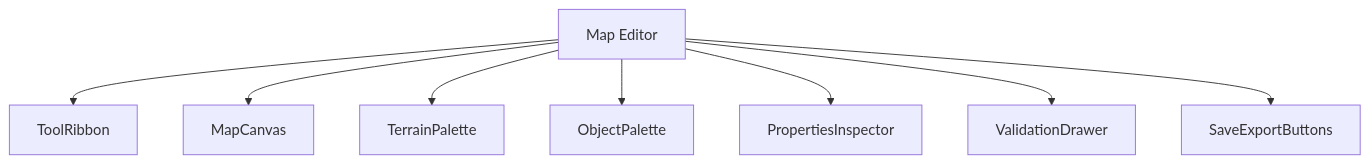
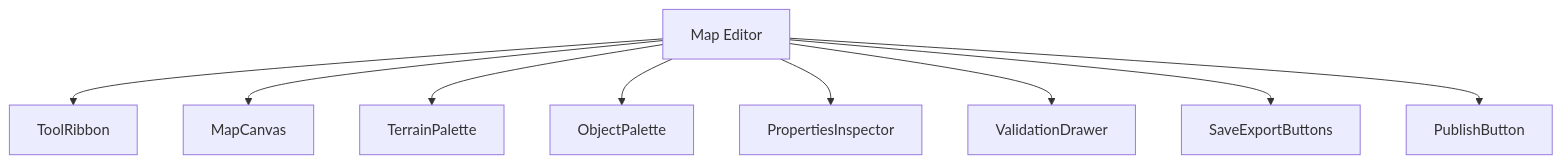
The first of 5 diagrams in docs/architecture/wiki/screens/65-map-editor/architecture.md (SunaNoOshiro/Heroes_Reforged_AI_Realms), drawn with Mermaid before and after one commit. The commit also changed other lines of this file and 518 other files, not shown here.

First line of the commit message:
Add doc-audit skill and sweep architecture/screen docs

````diff
--- a/docs/architecture/wiki/screens/65-map-editor/architecture.md
+++ b/docs/architecture/wiki/screens/65-map-editor/architecture.md
@@ -16,18 +18,12 @@
 ```mermaid
 flowchart TD
   Root["Map Editor"]
-  C0["ToolRibbon"]
-  Root --> C0
-  C1["MapCanvas"]
-  Root --> C1
-  C2["TerrainPalette"]
-  Root --> C2
-  C3["ObjectPalette"]
-  Root --> C3
-  C4["PropertiesInspector"]
-  Root --> C4
-  C5["ValidationDrawer"]
-  Root --> C5
-  C6["SaveExportButtons"]
-  Root --> C6
+  Root --> ToolRibbon
+  Root --> MapCanvas
+  Root --> TerrainPalette
+  Root --> ObjectPalette
+  Root --> PropertiesInspector
+  Root --> ValidationDrawer
+  Root --> SaveExportButtons
+  Root --> PublishButton
 ```
````
